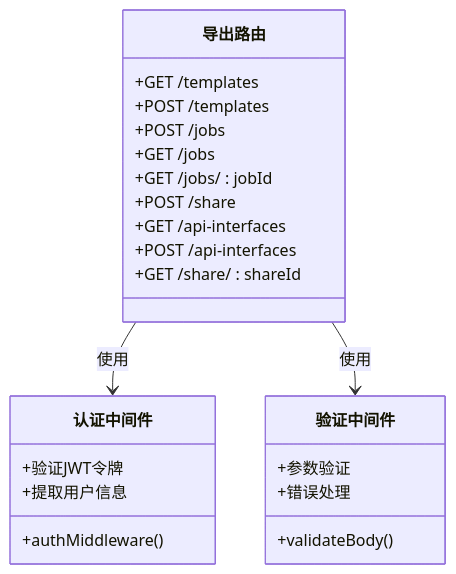
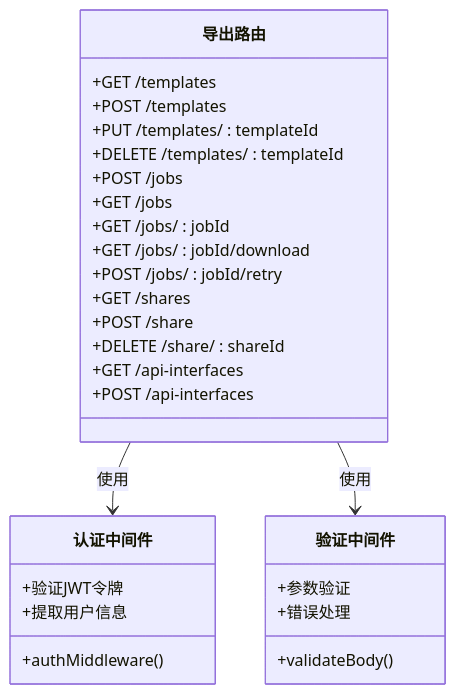
One commit to xpretycn/TingStudio changed the third of 10 diagrams in .qoder/repowiki/zh/content/后端开发指南/API 路由系统/导出路由模块.md. Above: the diagram before and after it, drawn with Mermaid. The commit also changed other lines of this file and 56 other files, not shown here.

````diff
--- a/.qoder/repowiki/zh/content/后端开发指南/API 路由系统/导出路由模块.md
+++ b/.qoder/repowiki/zh/content/后端开发指南/API 路由系统/导出路由模块.md
@@ -137,26 +161,31 @@
 ```mermaid
 classDiagram
 class 导出路由 {
 +GET /templates
 +POST /templates
++PUT /templates/ : templateId
++DELETE /templates/ : templateId
 +POST /jobs
 +GET /jobs
 +GET /jobs/ : jobId
++GET /jobs/ : jobId/download
++POST /jobs/ : jobId/retry
++GET /shares
 +POST /share
++DELETE /share/ : shareId
 +GET /api-interfaces
 +POST /api-interfaces
-+GET /share/ : shareId
 }
 class 认证中间件 {
 +authMiddleware()
 +验证JWT令牌
 +提取用户信息
 }
 class 验证中间件 {
 +validateBody()
 +参数验证
 +错误处理
 }
 导出路由 --> 认证中间件 : 使用
 导出路由 --> 验证中间件 : 使用
 ```
````
